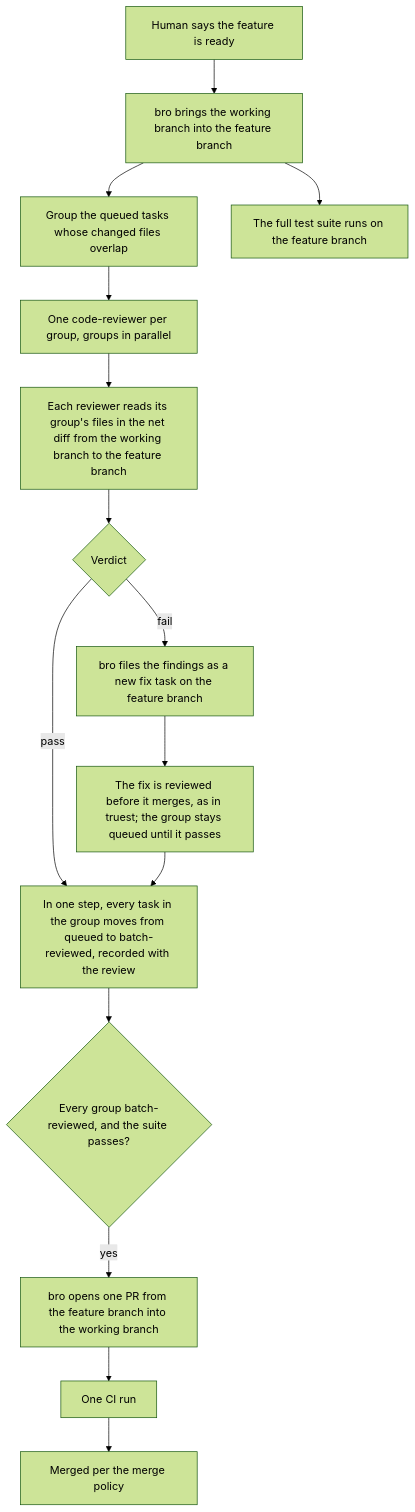
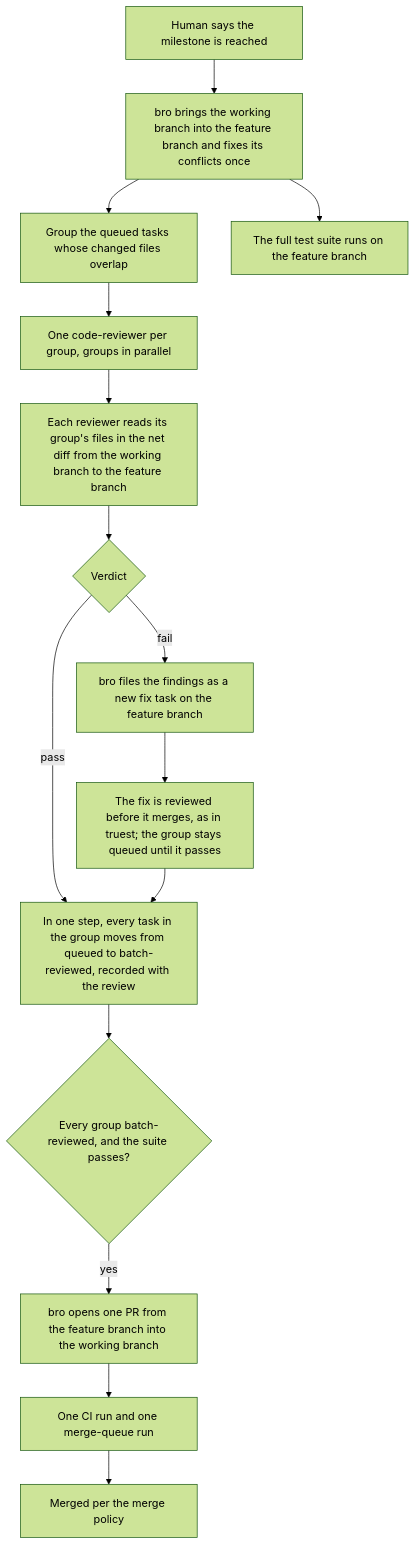
The sixth of 8 diagrams in docs/architecture/AGILE.md (trustmybot/plugin), drawn with Mermaid (forest theme) before and after one commit. The commit also changed other lines of this file and 5 other files, not shown here.

Commit message:
📝 docs(agile): milestone feature-branch model, mark shipped

````diff
--- a/docs/architecture/AGILE.md
+++ b/docs/architecture/AGILE.md
@@ -122,17 +130,17 @@
 ```mermaid
 flowchart TD
-    A[Human says the feature is ready] --> B[bro brings the working branch into the feature branch]
+    A[Human says the milestone is reached] --> B[bro brings the working branch into the feature branch and fixes its conflicts once]
     B --> C[Group the queued tasks whose changed files overlap]
     C --> D[One code-reviewer per group, groups in parallel]
     D --> E[Each reviewer reads its group's files in the net diff from the working branch to the feature branch]
     B --> S[The full test suite runs on the feature branch]
     E --> F{Verdict}
     F -- pass --> G[In one step, every task in the group moves from queued to batch-reviewed, recorded with the review]
     F -- fail --> H[bro files the findings as a new fix task on the feature branch]
     H --> I[The fix is reviewed before it merges, as in truest; the group stays queued until it passes]
     I --> G
     G --> M{Every group batch-reviewed, and the suite passes?}
     M -- yes --> P[bro opens one PR from the feature branch into the working branch]
-    P --> CI[One CI run]
+    P --> CI[One CI run and one merge-queue run]
     CI --> MG[Merged per the merge policy]
 ```
````
